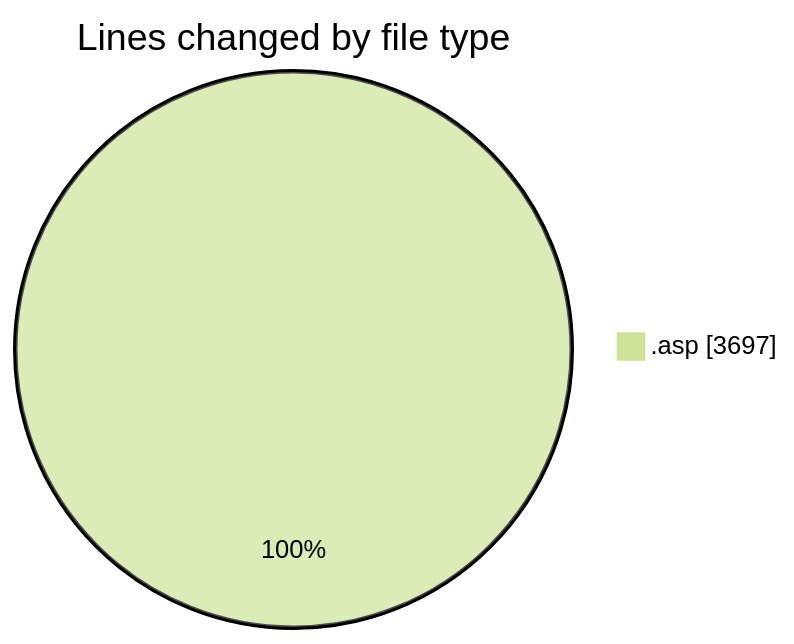
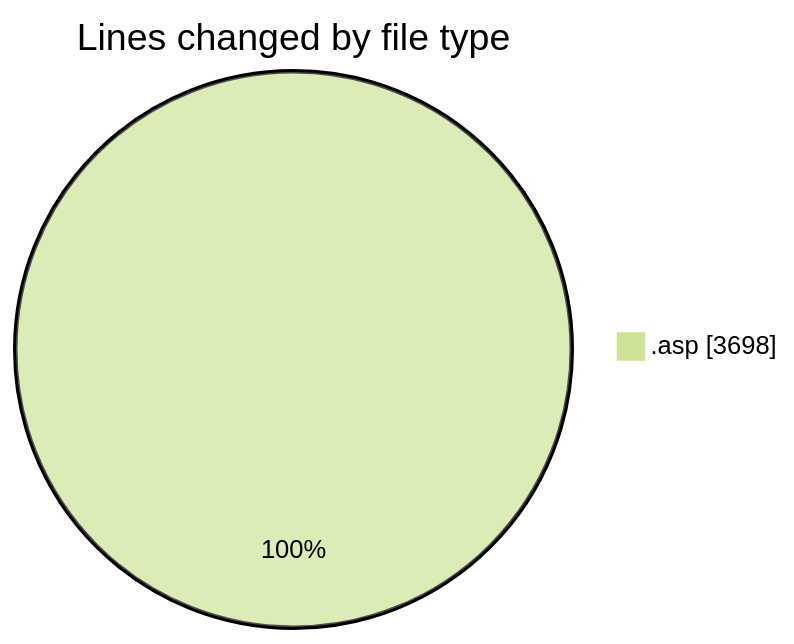
Before and after one commit to julien-gomy/code-tracking: the first of 2 diagrams in 2025-11-18/cdp_aleoudev_fr__workspace_/README.md, drawn with Mermaid (forest theme). The commit also changed other lines of this file and 1 other file, not shown here.

````diff
--- a/2025-11-18/cdp_aleoudev_fr__workspace_/README.md
+++ b/2025-11-18/cdp_aleoudev_fr__workspace_/README.md
@@ -25,5 +25,5 @@
 ```mermaid
 pie showData
 title Lines changed by file type
-".asp" : 3697
+".asp" : 3698
 ```
````
